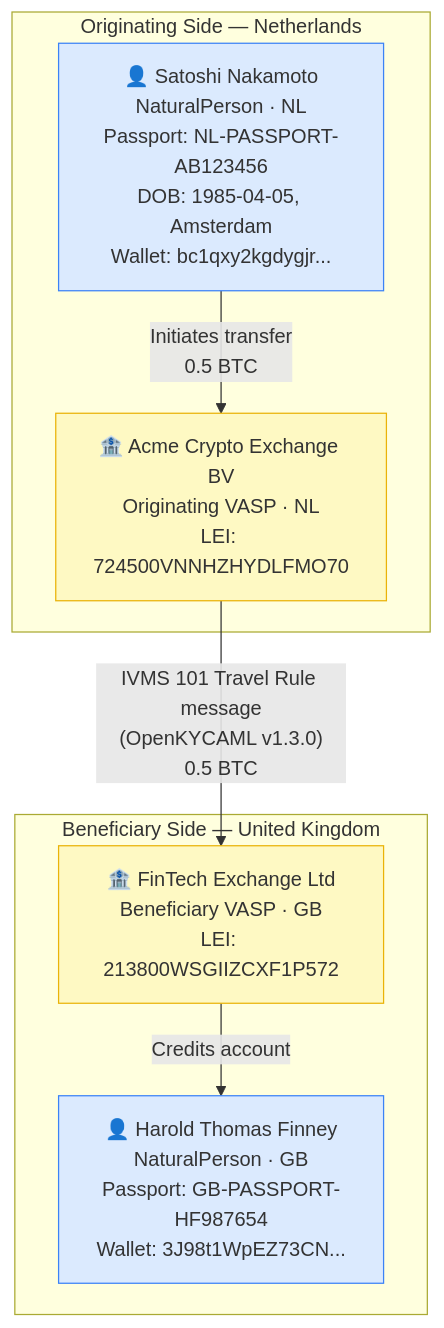
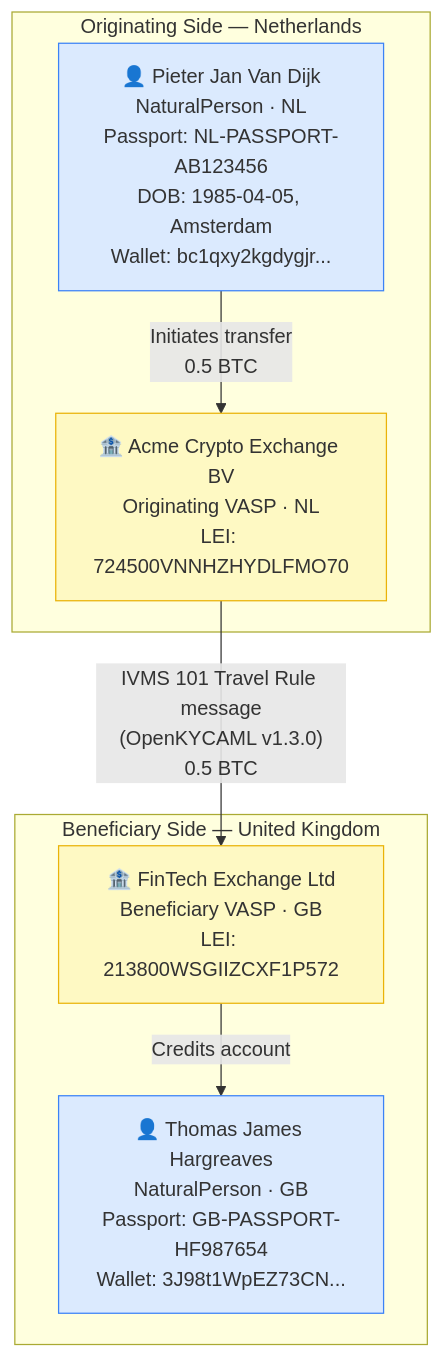
One commit to Lazy-Jack-Ltd/OpenKYCAML changed the diagram in examples/structure-diagrams/natural-person-plain.md. Above: the diagram before and after it, drawn with Mermaid. The commit also changed other lines of this file and 9 other files, not shown here.

````diff
--- a/examples/structure-diagrams/natural-person-plain.md
+++ b/examples/structure-diagrams/natural-person-plain.md
@@ -6,21 +6,21 @@
 ```mermaid
 flowchart TD
     subgraph Originator_Side["Originating Side — Netherlands"]
-        O["👤 Satoshi Nakamoto\nNaturalPerson · NL\nPassport: NL-PASSPORT-AB123456\nDOB: 1985-04-05, Amsterdam\nWallet: bc1qxy2kgdygjr..."]
+        O["👤 Pieter Jan Van Dijk\nNaturalPerson · NL\nPassport: NL-PASSPORT-AB123456\nDOB: 1985-04-05, Amsterdam\nWallet: bc1qxy2kgdygjr..."]
         OVASP["🏦 Acme Crypto Exchange BV\nOriginating VASP · NL\nLEI: 724500VNNHZHYDLFMO70"]
     end
 
     subgraph Beneficiary_Side["Beneficiary Side — United Kingdom"]
         BVASP["🏦 FinTech Exchange Ltd\nBeneficiary VASP · GB\nLEI: 213800WSGIIZCXF1P572"]
-        B["👤 Harold Thomas Finney\nNaturalPerson · GB\nPassport: GB-PASSPORT-HF987654\nWallet: 3J98t1WpEZ73CN..."]
+        B["👤 Thomas James Hargreaves\nNaturalPerson · GB\nPassport: GB-PASSPORT-HF987654\nWallet: 3J98t1WpEZ73CN..."]
     end
 
     O -- "Initiates transfer\n0.5 BTC" --> OVASP
     OVASP -- "IVMS 101 Travel Rule message\n(OpenKYCAML v1.3.0)\n0.5 BTC" --> BVASP
     BVASP -- "Credits account" --> B
 
     style O fill:#dbeafe,stroke:#3b82f6
     style B fill:#dbeafe,stroke:#3b82f6
     style OVASP fill:#fef9c3,stroke:#eab308
     style BVASP fill:#fef9c3,stroke:#eab308
 ```
````
